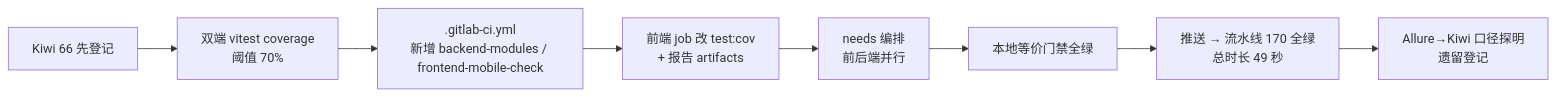
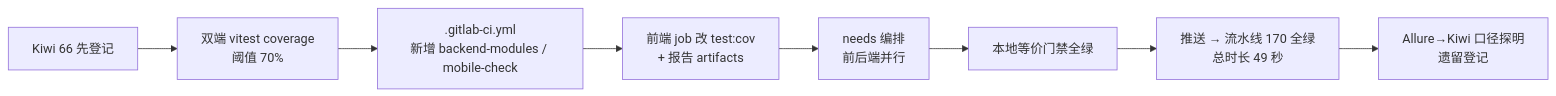
One commit to minjian123/basic-management-system changed the diagram in bms文档/项目/01_项目骨架/任务/04_CI与阶段验收/04_CI与阶段验收_01_CI流水线激活/实施/01_实施_01_CI流水线激活.md. Above: the diagram before and after it, drawn with Mermaid. The commit also changed other lines of this file and 274 other files, not shown here.

````diff
--- a/bms文档/项目/01_项目骨架/任务/04_CI与阶段验收/04_CI与阶段验收_01_CI流水线激活/实施/01_实施_01_CI流水线激活.md
+++ b/bms文档/项目/01_项目骨架/任务/04_CI与阶段验收/04_CI与阶段验收_01_CI流水线激活/实施/01_实施_01_CI流水线激活.md
@@ -23,10 +23,10 @@
 ```mermaid
 flowchart LR
     A[Kiwi 66 先登记] --> B[双端 vitest coverage<br/>阈值 70%]
-    B --> C[.gitlab-ci.yml<br/>新增 backend-modules / frontend-mobile-check]
+    B --> C[.gitlab-ci.yml<br/>新增 backend-modules / mobile-check]
     C --> D[前端 job 改 test:cov<br/>+ 报告 artifacts]
     D --> E[needs 编排<br/>前后端并行]
     E --> F[本地等价门禁全绿]
     F --> G[推送 → 流水线 170 全绿<br/>总时长 49 秒]
     G --> H[Allure→Kiwi 口径探明<br/>遗留登记]
 ```
````
